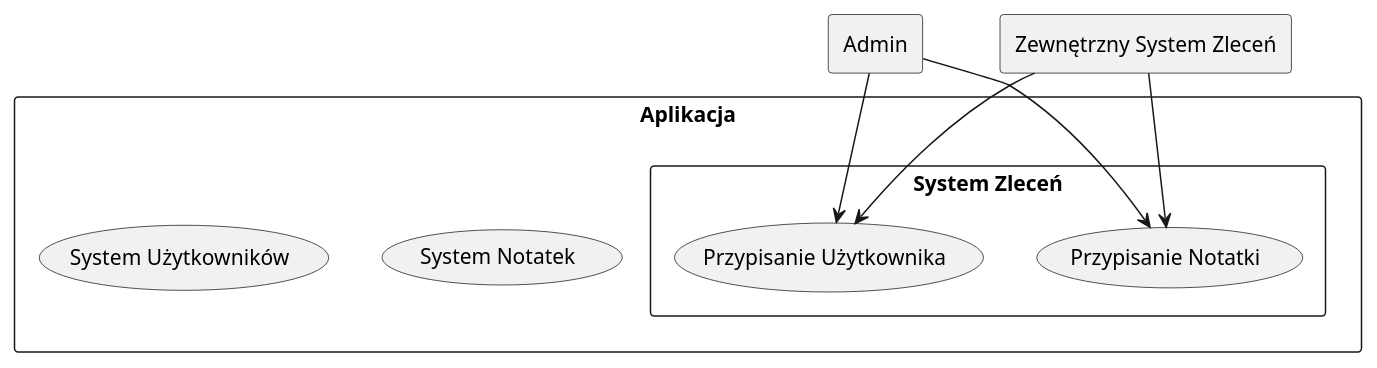
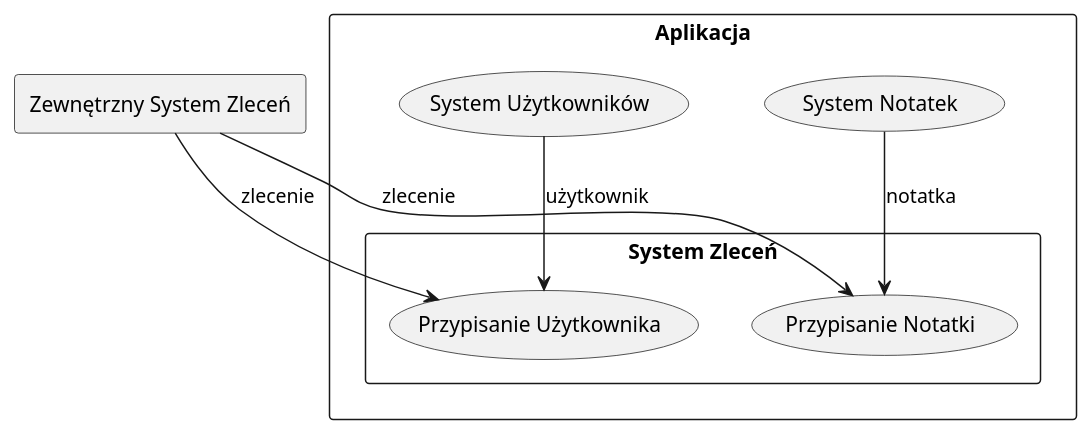
Before and after one commit to m-panczyk/gn_plantuml: the diagram in ds.ticket.puml, drawn with PlantUML.

Commit message:
etykiety danych

```diff
--- a/ds.ticket.puml
+++ b/ds.ticket.puml
@@ -2,17 +2,18 @@
 @startuml
-rectangle "Admin" as admin
 rectangle "Zewnętrzny System Zleceń" as zsz
 rectangle Aplikacja as app {
 	rectangle "System Zleceń" as sz{
 		(Przypisanie Notatki) as assign_n
 		(Przypisanie Użytkownika) as assign_u
     }
     (System Notatek) as sn
     (System Użytkowników) as su
 	
-	zsz --> assign_n
-	zsz --> assign_u
-	admin --> assign_n
-	admin --> assign_u
+    zsz --> assign_n: zlecenie
+    zsz --> assign_u: zlecenie
+
+    su --> assign_u: użytkownik
+    sn --> assign_n: notatka
+
 }
 @enduml
```
